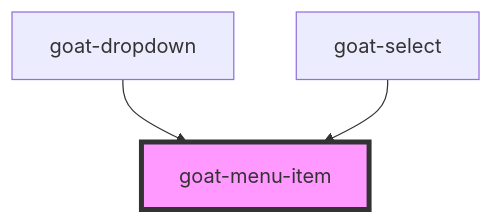
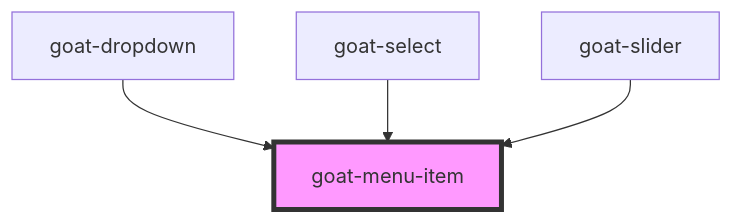
The diagram in src/components/general/menu/menu-item/readme.md (goatui/components), drawn with Mermaid before and after one commit. The commit also changed other lines of this file and 9 other files, not shown here.

````diff
--- a/src/components/general/menu/menu-item/readme.md
+++ b/src/components/general/menu/menu-item/readme.md
@@ -57,6 +58,7 @@
 ```mermaid
 graph TD;
   goat-dropdown --> goat-menu-item
   goat-select --> goat-menu-item
+  goat-slider --> goat-menu-item
   style goat-menu-item fill:#f9f,stroke:#333,stroke-width:4px
 ```
````
